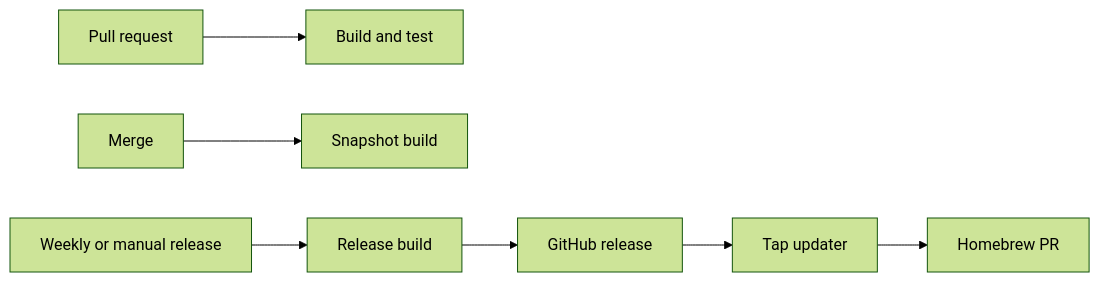
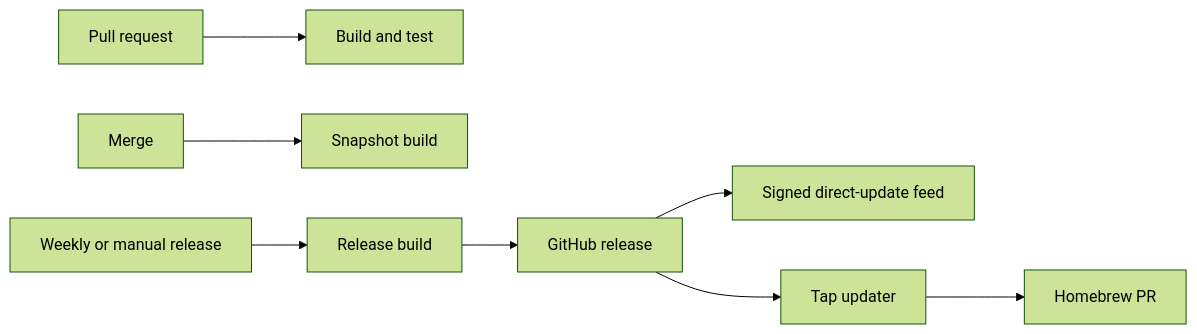
Before and after one commit to YunaBraska/YunaBraska: the diagram in SWIFT_CI_CD.md, drawn with Mermaid (forest theme). The commit also changed other lines of this file, not shown here.

Commit message:
docs: explain Swift direct updates

````diff
--- a/SWIFT_CI_CD.md
+++ b/SWIFT_CI_CD.md
@@ -3,9 +3,10 @@
 ```mermaid
 flowchart LR
   PR[Pull request] --> B[Build and test]
   M[Merge] --> S[Snapshot build]
   W[Weekly or manual release] --> R[Release build]
   R --> G[GitHub release]
+  G --> U[Signed direct-update feed]
   G --> H[Tap updater]
   H --> P[Homebrew PR]
 ```
````
